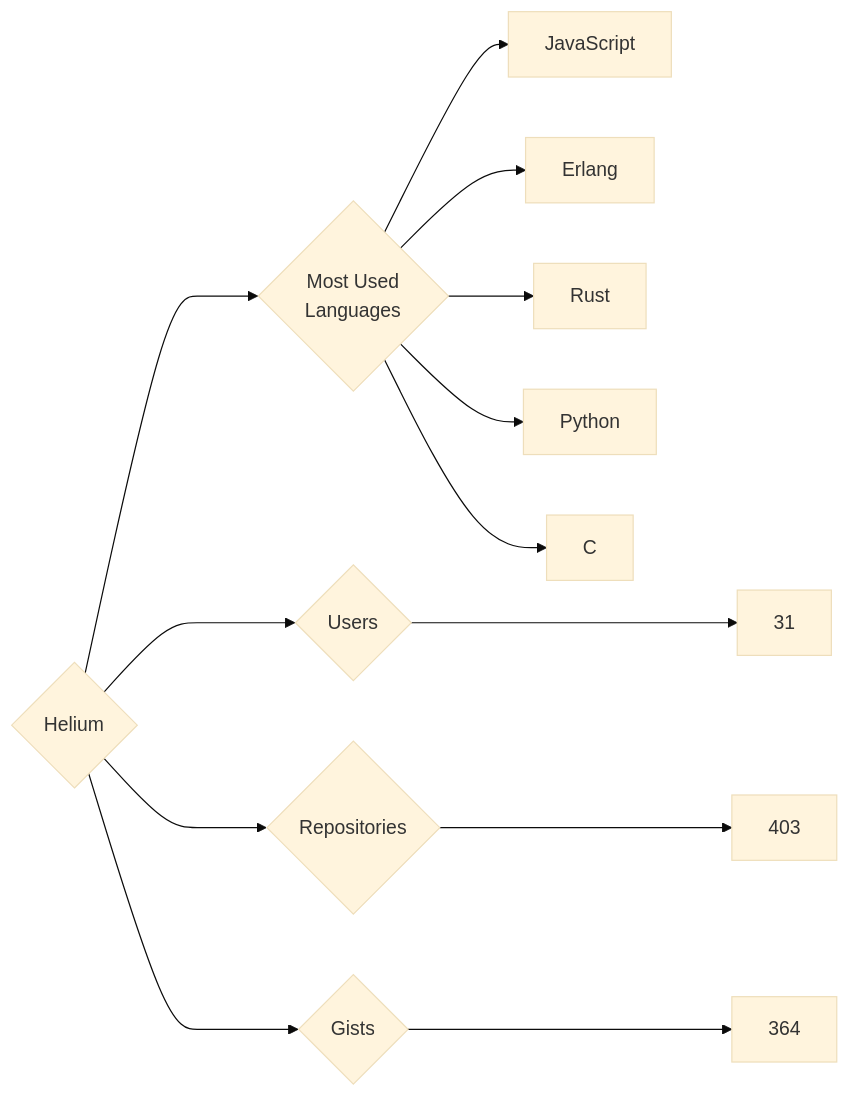
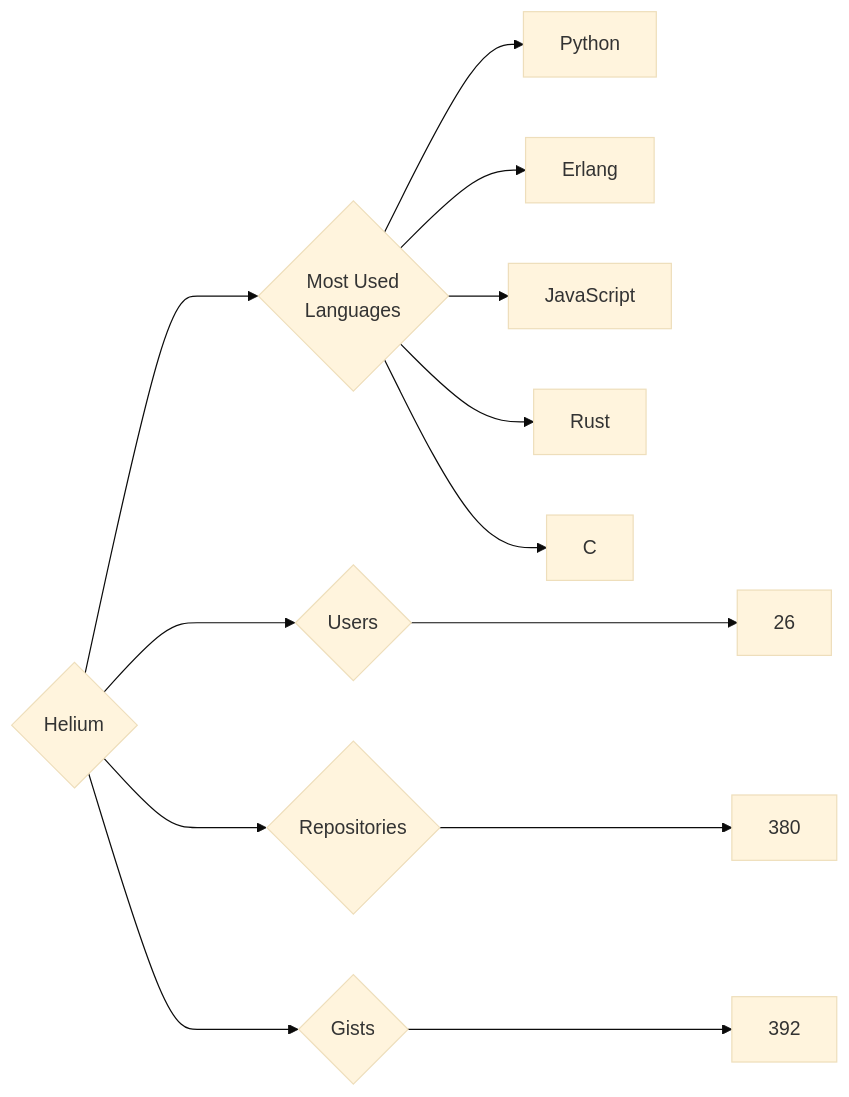
One commit to trickest/insiders changed the diagram in targets/Helium/README.md. Above: the diagram before and after it, drawn with Mermaid (base theme). The commit also changed 614 other files, not shown here.

````diff
--- a/targets/Helium/README.md
+++ b/targets/Helium/README.md
@@ -3,13 +3,13 @@
 ```mermaid
 graph LR
 COMPANY_NAME{Helium}
-COMPANY_NAME ---> U{Users} ---> UN[31]
-COMPANY_NAME ---> R{Repositories} ---> RN[403]
-COMPANY_NAME ---> G{Gists} ---> GN[364]
+COMPANY_NAME ---> U{Users} ---> UN[26]
+COMPANY_NAME ---> R{Repositories} ---> RN[380]
+COMPANY_NAME ---> G{Gists} ---> GN[392]
 COMPANY_NAME ---> ML{Most Used<br>Languages}
+ML --> Python[Python]
+ML --> Erlang[Erlang]
 ML --> JavaScript[JavaScript]
-ML --> Erlang[Erlang]
 ML --> Rust[Rust]
-ML --> Python[Python]
 ML --> C[C]
 ```
````
